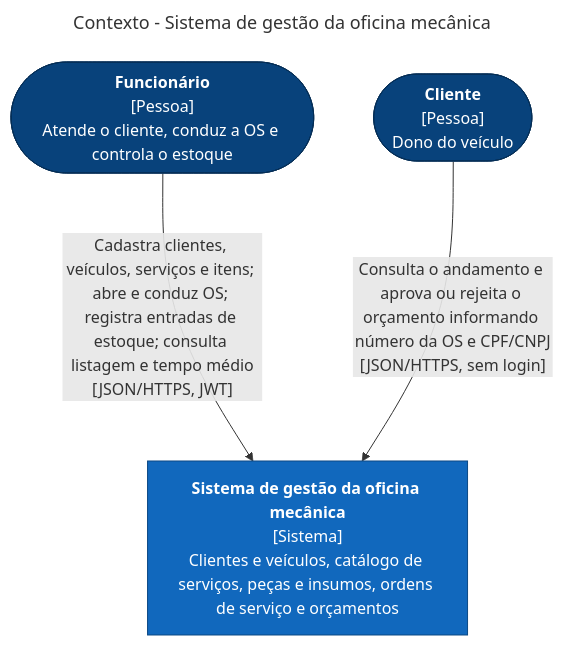
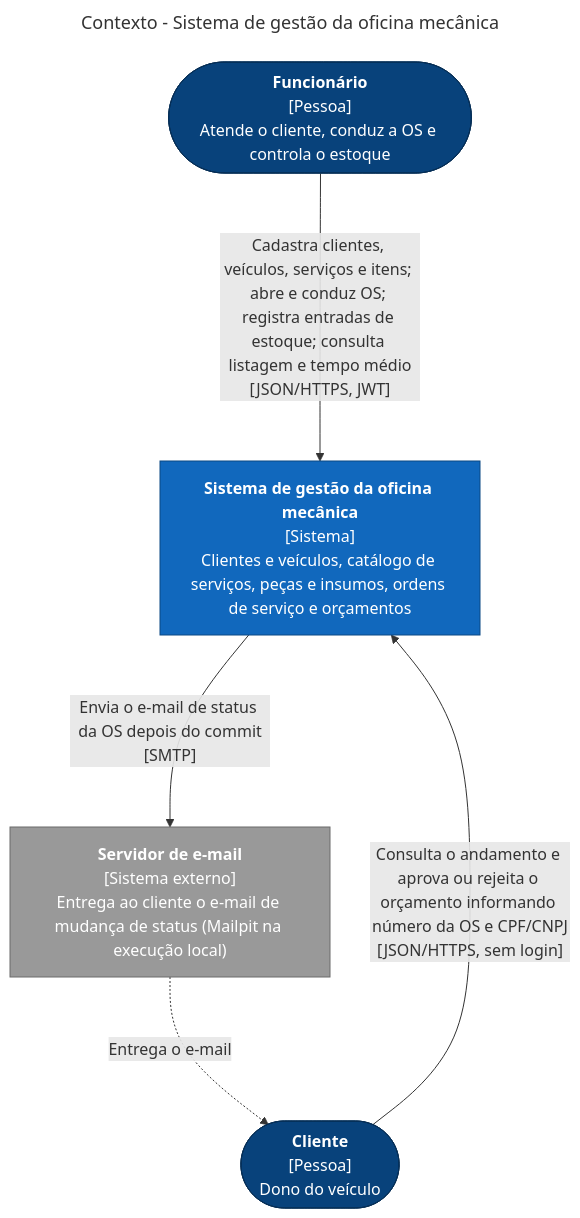
The diagram in docs/ddd/c4/modelo-contexto.md (raffharah/tech-challenge-oficina), drawn with Mermaid before and after one commit. The commit also changed other lines of this file and 11 other files, not shown here.

First line of the commit message:
feat(ordemservico): envia e-mail de mudanca de status depois do commit

````diff
--- a/docs/ddd/c4/modelo-contexto.md
+++ b/docs/ddd/c4/modelo-contexto.md
@@ -5,23 +5,28 @@
 ```mermaid
 ---
 title: Contexto - Sistema de gestão da oficina mecânica
 config:
   flowchart:
     curve: basis
     wrappingWidth: 260
     nodeSpacing: 60
     rankSpacing: 120
 ---
 flowchart TB
     funcionario(["<b>Funcionário</b><br/>[Pessoa]<br/>Atende o cliente, conduz a OS e controla o estoque"])
     cliente(["<b>Cliente</b><br/>[Pessoa]<br/>Dono do veículo"])
+    email["<b>Servidor de e-mail</b><br/>[Sistema externo]<br/>Entrega ao cliente o e-mail de mudança de status (Mailpit na execução local)"]
     sistema["<b>Sistema de gestão da oficina mecânica</b><br/>[Sistema]<br/>Clientes e veículos, catálogo de serviços, peças e insumos, ordens de serviço e orçamentos"]
 
     funcionario -->|"Cadastra clientes, veículos, serviços e itens; abre e conduz OS; registra entradas de estoque; consulta listagem e tempo médio<br/>[JSON/HTTPS, JWT]"| sistema
     cliente -->|"Consulta o andamento e aprova ou rejeita o orçamento informando número da OS e CPF/CNPJ<br/>[JSON/HTTPS, sem login]"| sistema
+    sistema -->|"Envia o e-mail de status da OS depois do commit<br/>[SMTP]"| email
+    email -.->|"Entrega o e-mail"| cliente
 
     classDef pessoa fill:#08427b,stroke:#052e56,color:#fff
     classDef sistema fill:#1168bd,stroke:#0b4884,color:#fff
+    classDef externo fill:#999,stroke:#6b6b6b,color:#fff
     class funcionario,cliente pessoa
     class sistema sistema
+    class email externo
 ```
````
